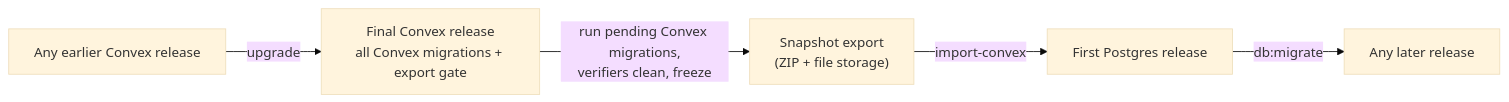
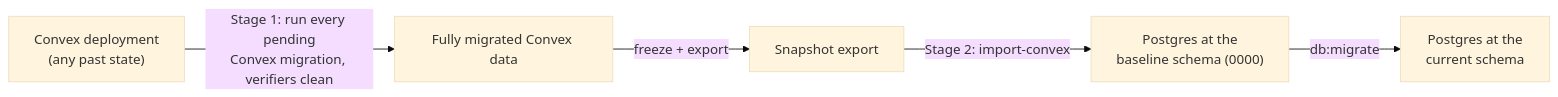
One commit to alkalines/Radium changed the diagram in docs/Backend_Migration/Convex_Import.md. Above: the diagram before and after it, drawn with Mermaid (base theme). The commit also changed other lines of this file and 5 other files, not shown here.

````diff
--- a/docs/Backend_Migration/Convex_Import.md
+++ b/docs/Backend_Migration/Convex_Import.md
@@ -9,7 +9,7 @@
 ```mermaid
 flowchart LR
-    Old["Any earlier Convex release"] -->|upgrade| Final["Final Convex release<br/>all Convex migrations + export gate"]
-    Final -->|"run pending Convex migrations,<br/>verifiers clean, freeze"| Export["Snapshot export<br/>(ZIP + file storage)"]
-    Export -->|"import-convex"| PG["First Postgres release"]
-    PG -->|db:migrate| Later["Any later release"]
+    Convex["Convex deployment<br/>(any past state)"] -->|"Stage 1: run every pending<br/>Convex migration, verifiers clean"| Done["Fully migrated Convex data"]
+    Done -->|"freeze + export"| Zip["Snapshot export"]
+    Zip -->|"Stage 2: import-convex"| Base["Postgres at the<br/>baseline schema (0000)"]
+    Base -->|"db:migrate"| Head["Postgres at the<br/>current schema"]
 ```
````
